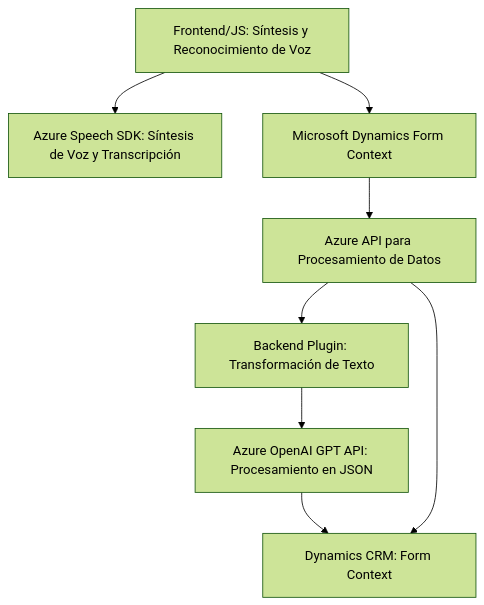
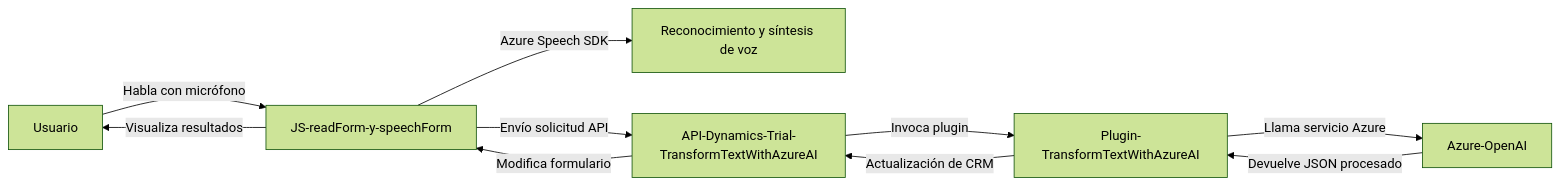
The diagram in README.md (blopezdm/NETCORE_BILBAO2025), drawn with Mermaid (forest theme) before and after one commit. The commit also changed other lines of this file, not shown here.

Commit message:
Actualizar análisis global de la solución con IA

````diff
--- a/README.md
+++ b/README.md
@@ -48,10 +37,12 @@
 ```mermaid
-graph TD
-    A["Frontend/JS: Síntesis y Reconocimiento de Voz"] --> B["Azure Speech SDK: Síntesis de Voz y Transcripción"]
-    A --> C["Microsoft Dynamics Form Context"]
-    C --> D["Azure API para Procesamiento de Datos"]
-    D --> E["Backend Plugin: Transformación de Texto"]
-    E --> F["Azure OpenAI GPT API: Procesamiento en JSON"]
-    F --> G["Dynamics CRM: Actualización de Campos"]
-    D --> G["Dynamics CRM: Form Context"]
+graph LR
+    A[Usuario] -->|Habla con micrófono| B[JS-readForm-y-speechForm]
+    B -->|Azure Speech SDK| C[Reconocimiento y síntesis de voz]
+    B -->|Envío solicitud API| D[API-Dynamics-Trial-TransformTextWithAzureAI]
+    D -->|Invoca plugin| E[Plugin-TransformTextWithAzureAI]
+    E -->|Llama servicio Azure| F[Azure-OpenAI]
+    F -->|Devuelve JSON procesado| E
+    E -->|Actualización de CRM| D
+    D -->|Modifica formulario| B
+    B -->|Visualiza resultados| A
 ```
````
